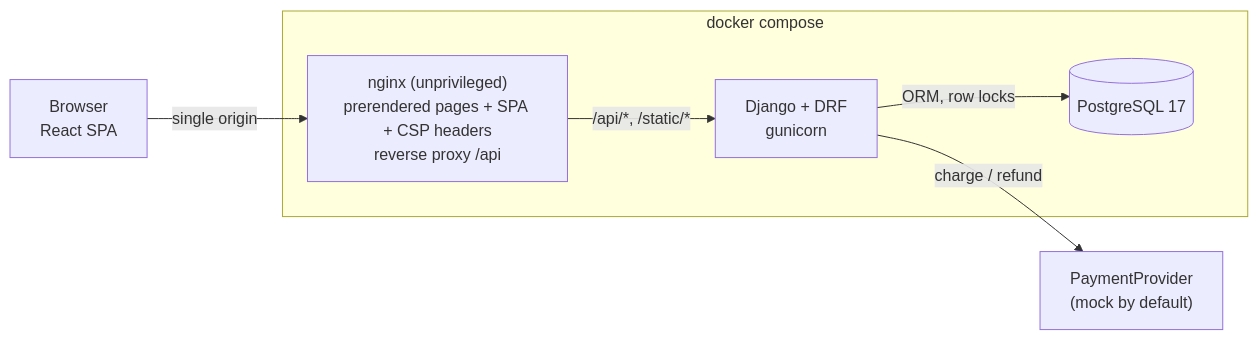
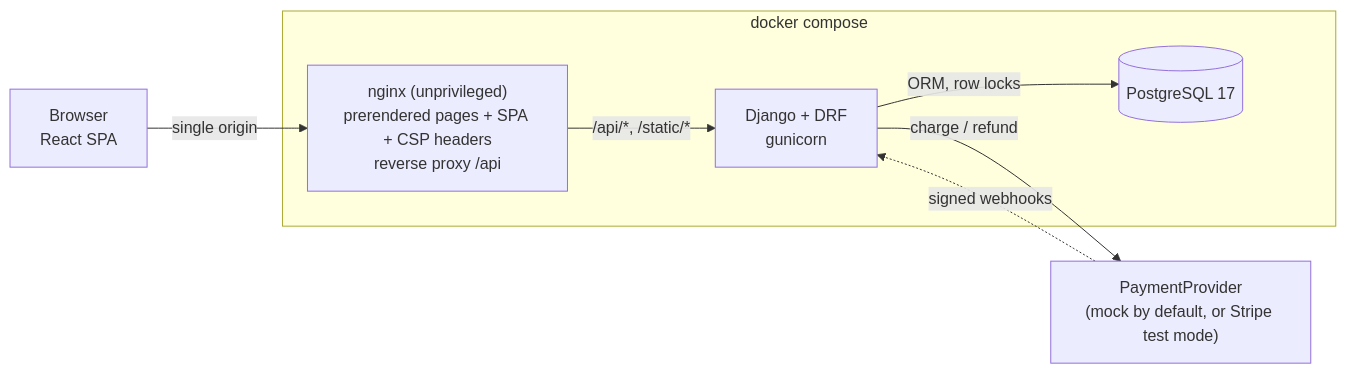
Before and after one commit to Arya-9989/SecureCart-Cloud-Native-Security-Enhanced-eCommerce-Platform: the first of 2 diagrams in README.md, drawn with Mermaid. The commit also changed other lines of this file and 33 other files, not shown here.

````diff
--- a/README.md
+++ b/README.md
@@ -69,17 +69,18 @@
 ```mermaid
 flowchart LR
     browser["Browser<br/>React SPA"]
 
     subgraph compose["docker compose"]
         nginx["nginx (unprivileged)<br/>prerendered pages + SPA + CSP headers<br/>reverse proxy /api"]
         api["Django + DRF<br/>gunicorn"]
         db[("PostgreSQL 17")]
     end
 
-    payment["PaymentProvider<br/>(mock by default)"]
+    payment["PaymentProvider<br/>(mock by default, or Stripe test mode)"]
 
     browser -- "single origin" --> nginx
     nginx -- "/api/*, /static/*" --> api
     api -- "ORM, row locks" --> db
     api -- "charge / refund" --> payment
+    payment -. "signed webhooks" .-> api
 ```
````
